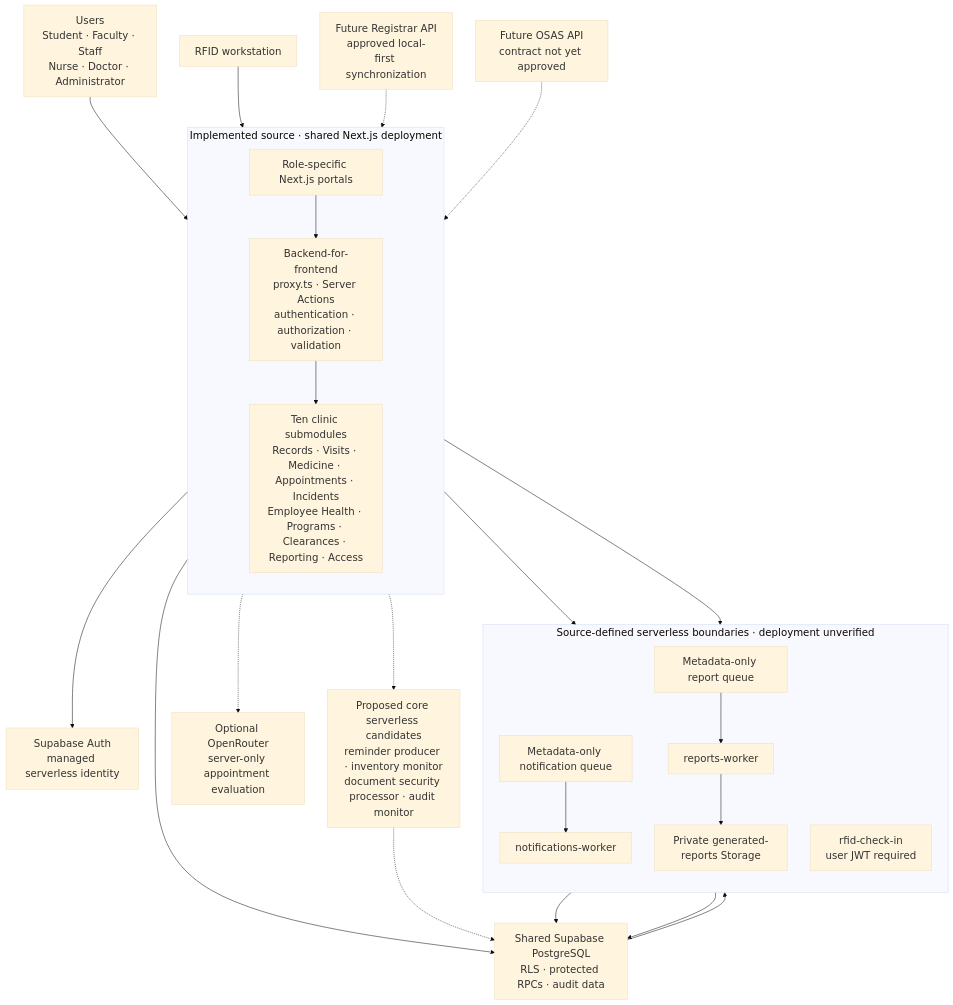
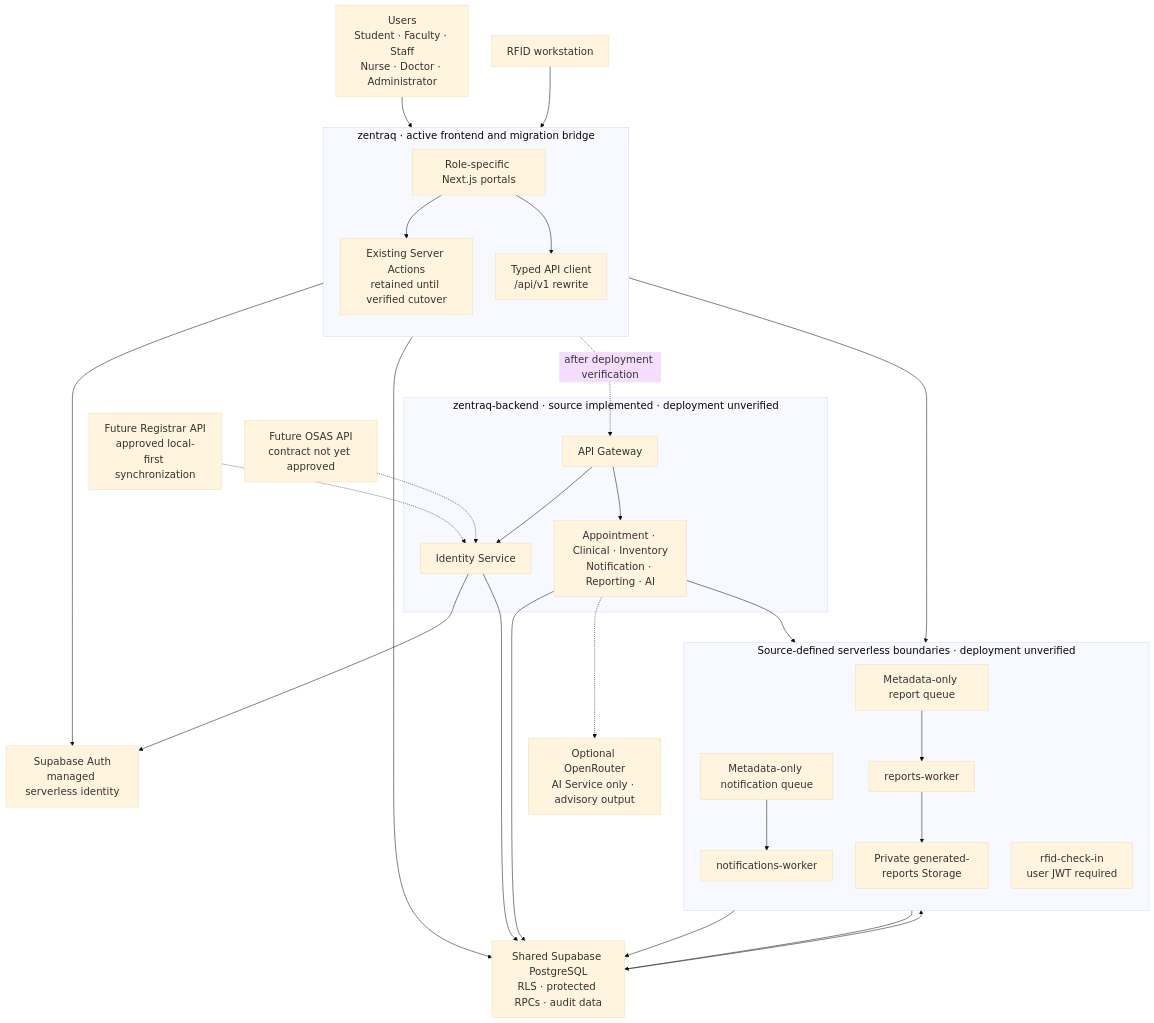
Before and after one commit to Tokise/Zentraq-backend: the diagram in docs/SERVERLESS_MICROSERVICES_MIGRATION.md, drawn with Mermaid. The commit also changed other lines of this file and 12 other files, not shown here.

````diff
--- a/docs/SERVERLESS_MICROSERVICES_MIGRATION.md
+++ b/docs/SERVERLESS_MICROSERVICES_MIGRATION.md
@@ -69,57 +77,67 @@
 ```mermaid
 ---
 config:
   theme: base
   themeVariables:
     fontSize: "20px"
   flowchart:
     nodeSpacing: 45
     rankSpacing: 60
 ---
 flowchart TB
     Users["Users<br/>Student · Faculty · Staff<br/>Nurse · Doctor · Administrator"]
     Scanner["RFID workstation"]
 
-    subgraph Application["Implemented source · shared Next.js deployment"]
+    subgraph Frontend["zentraq · active frontend and migration bridge"]
         direction TB
         Portals["Role-specific Next.js portals"]
-        Boundary["Backend-for-frontend<br/>proxy.ts · Server Actions<br/>authentication · authorization · validation"]
-        Modules["Ten clinic submodules<br/>Records · Visits · Medicine · Appointments · Incidents<br/>Employee Health · Programs · Clearances · Reporting · Access"]
-        Portals --> Boundary --> Modules
+        Existing["Existing Server Actions<br/>retained until verified cutover"]
+        ApiClient["Typed API client<br/>/api/v1 rewrite"]
+        Portals --> Existing
+        Portals --> ApiClient
     end
 
     Auth["Supabase Auth<br/>managed serverless identity"]
     Database["Shared Supabase PostgreSQL<br/>RLS · protected RPCs · audit data"]
+
+    subgraph Backend["zentraq-backend · source implemented · deployment unverified"]
+        Gateway["API Gateway"]
+        Identity["Identity Service"]
+        Domains["Appointment · Clinical · Inventory<br/>Notification · Reporting · AI"]
+        Gateway --> Identity
+        Gateway --> Domains
+    end
 
     subgraph Focused["Source-defined serverless boundaries · deployment unverified"]
         direction TB
         NotificationQueue["Metadata-only notification queue"]
         NotificationWorker["notifications-worker"]
         ReportQueue["Metadata-only report queue"]
         ReportWorker["reports-worker"]
         ReportStorage["Private generated-reports Storage"]
         RfidWorker["rfid-check-in<br/>user JWT required"]
 
         NotificationQueue --> NotificationWorker
         ReportQueue --> ReportWorker --> ReportStorage
     end
 
-    OpenRouter["Optional OpenRouter<br/>server-only appointment evaluation"]
-    Candidates["Proposed core serverless candidates<br/>reminder producer · inventory monitor<br/>document security processor · audit monitor"]
+    OpenRouter["Optional OpenRouter<br/>AI Service only · advisory output"]
     Registrar["Future Registrar API<br/>approved local-first synchronization"]
     OSAS["Future OSAS API<br/>contract not yet approved"]
 
     Users --> Portals
-    Scanner --> Boundary
-    Boundary --> Auth
-    Modules --> Database
+    Scanner --> Existing
+    Portals --> Auth
+    Existing --> Database
+    ApiClient -.->|after deployment verification| Gateway
+    Identity --> Auth
+    Identity --> Database
+    Domains --> Database
     Database --> NotificationQueue
     NotificationWorker --> Database
-    Modules --> ReportQueue
-    Boundary --> RfidWorker --> Database
-    Modules -.-> OpenRouter
-    Modules -.-> Candidates
-    Candidates -.-> Database
-    Registrar -.-> Modules
-    OSAS -.-> Modules
+    Domains --> ReportQueue
+    Existing --> RfidWorker --> Database
+    Domains -.-> OpenRouter
+    Registrar -.-> Identity
+    OSAS -.-> Identity
 ```
````
